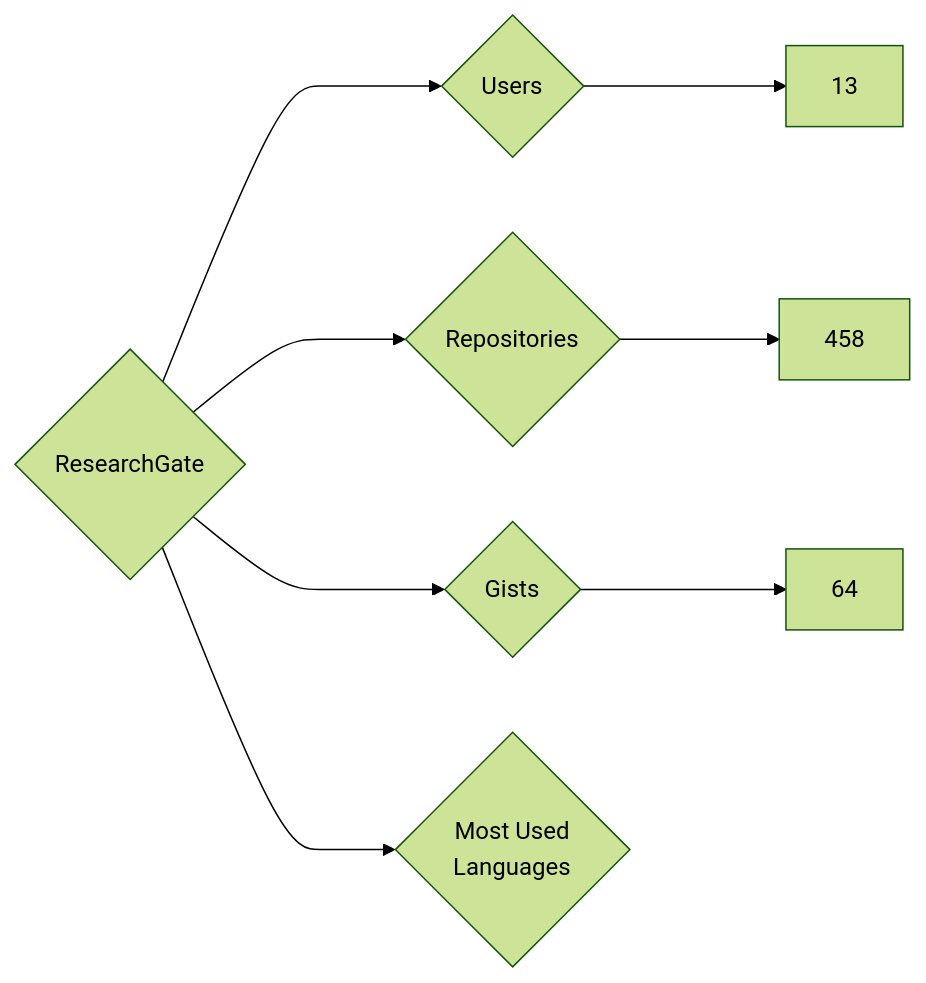
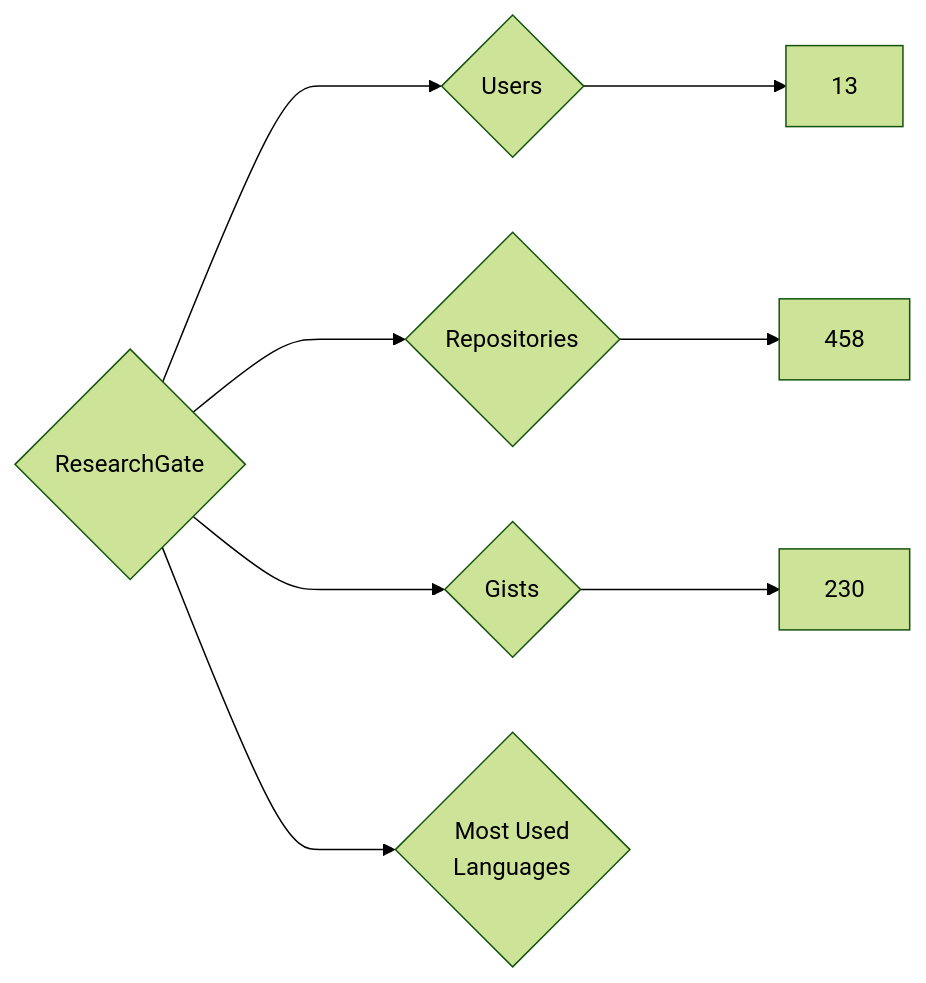
The diagram in targets/ResearchGate/README.md (nenadzaric/insiders), drawn with Mermaid (forest theme) before and after one commit. The commit also changed 1342 other files, not shown here.

````diff
--- a/targets/ResearchGate/README.md
+++ b/targets/ResearchGate/README.md
@@ -3,8 +3,8 @@
 ```mermaid
 graph LR
 COMPANY_NAME{ResearchGate}
 COMPANY_NAME ---> U{Users} ---> UN[13]
 COMPANY_NAME ---> R{Repositories} ---> RN[458]
-COMPANY_NAME ---> G{Gists} ---> GN[64]
+COMPANY_NAME ---> G{Gists} ---> GN[230]
 COMPANY_NAME ---> ML{Most Used<br>Languages}
 ```
````
